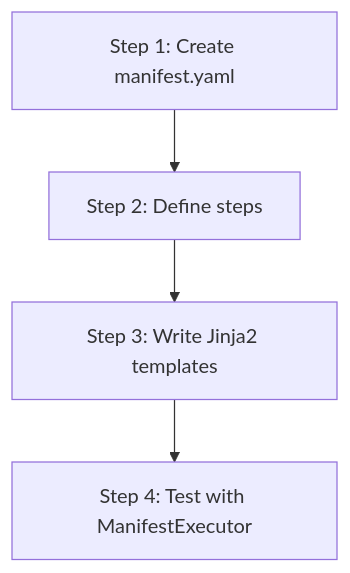
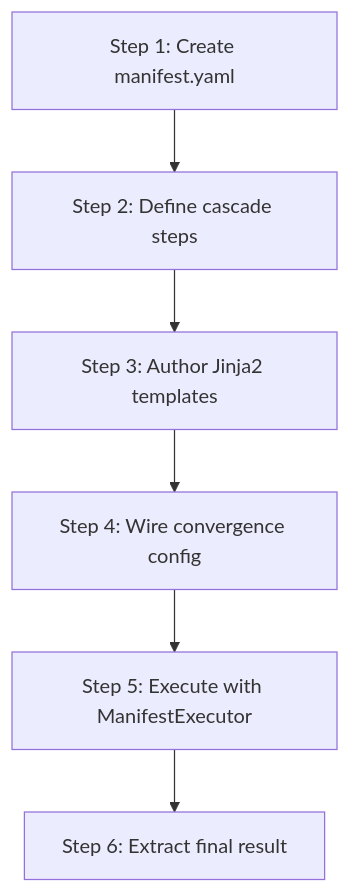
Before and after one commit to mdz-axo/zed-kask: the diagram in kask/docs/diataxis/hkask-templates/tutorial.md, drawn with Mermaid. The commit also changed other lines of this file and 41 other files, not shown here.

````diff
--- a/kask/docs/diataxis/hkask-templates/tutorial.md
+++ b/kask/docs/diataxis/hkask-templates/tutorial.md
@@ -19,6 +26,8 @@
 ```mermaid
 flowchart TD
-    A[Step 1: Create manifest.yaml] --> B[Step 2: Define steps]
-    B --> C[Step 3: Write Jinja2 templates]
-    C --> D[Step 4: Test with ManifestExecutor]
+    A[Step 1: Create manifest.yaml] --> B[Step 2: Define cascade steps]
+    B --> C[Step 3: Author Jinja2 templates]
+    C --> D[Step 4: Wire convergence config]
+    D --> E[Step 5: Execute with ManifestExecutor]
+    E --> F[Step 6: Extract final result]
 ```
````
